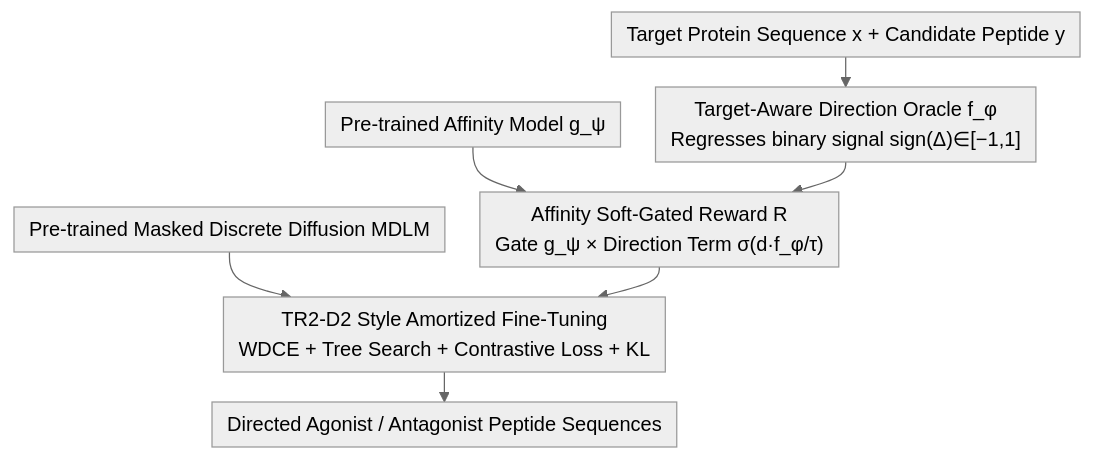
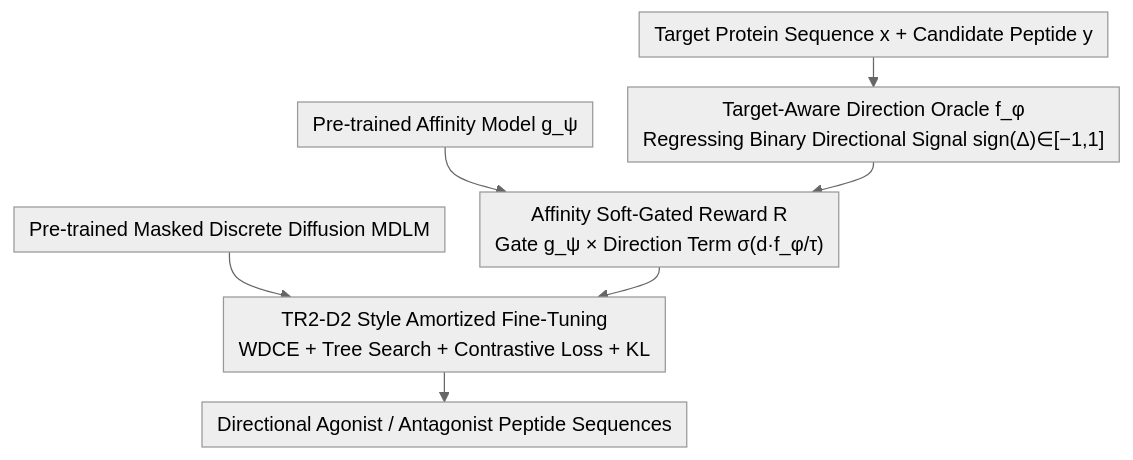
One commit to zhaoyang97/Paper-Notes-en changed the diagram in docs/ICML2026/computational_biology/td3b_transition-directed_discrete_diffusion_for_allosteric_binder_generation.md. Above: the diagram before and after it, drawn with Mermaid (neutral theme). The commit also changed other lines of this file and 5084 other files, not shown here.

````diff
--- a/docs/ICML2026/computational_biology/td3b_transition-directed_discrete_diffusion_for_allosteric_binder_generation.md
+++ b/docs/ICML2026/computational_biology/td3b_transition-directed_discrete_diffusion_for_allosteric_binder_generation.md
@@ -41,10 +41,10 @@
 ```mermaid
 %%{init: {'flowchart': {'rankSpacing': 24, 'nodeSpacing': 28, 'padding': 6, 'wrappingWidth': 400}}}%%
 flowchart TD
-    X["Target Protein Sequence x + Candidate Peptide y"] --> O["Target-Aware Direction Oracle f_φ<br/>Regresses binary signal sign(Δ)∈[−1,1]"]
+    X["Target Protein Sequence x + Candidate Peptide y"] --> O["Target-Aware Direction Oracle f_φ<br/>Regressing Binary Directional Signal sign(Δ)∈[−1,1]"]
     G["Pre-trained Affinity Model g_ψ"] --> R["Affinity Soft-Gated Reward R<br/>Gate g_ψ × Direction Term σ(d·f_φ/τ)"]
     O --> R
     M["Pre-trained Masked Discrete Diffusion MDLM"] --> F["TR2-D2 Style Amortized Fine-Tuning<br/>WDCE + Tree Search + Contrastive Loss + KL"]
     R --> F
-    F --> Y["Directed Agonist / Antagonist Peptide Sequences"]
+    F --> Y["Directional Agonist / Antagonist Peptide Sequences"]
 ```
````
